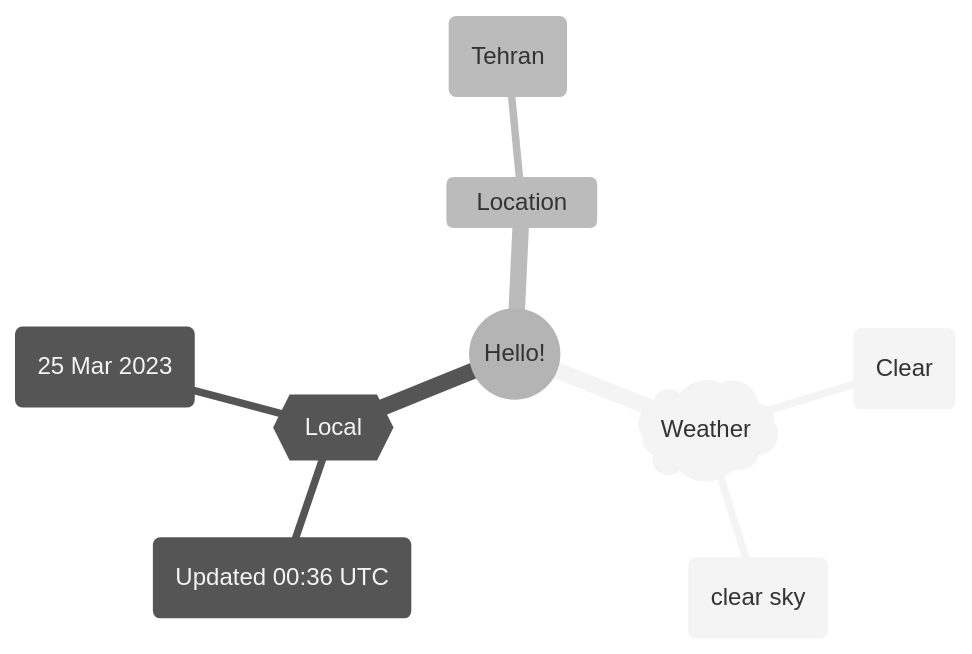
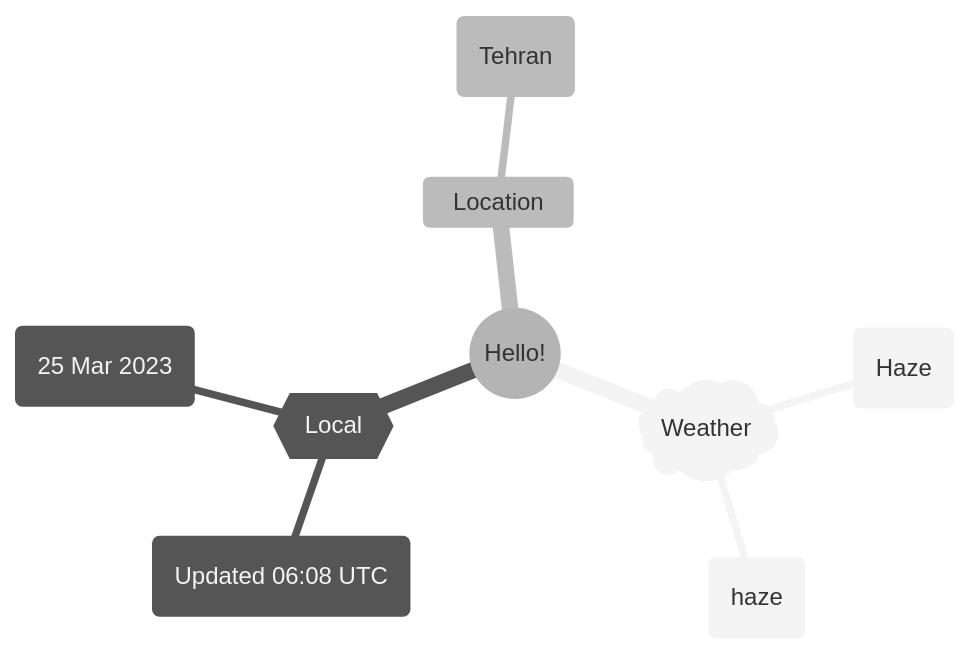
The first of 2 diagrams in README.md (Xosrov/Xosrov), drawn with Mermaid (neutral theme) before and after one commit.

Commit message:
[bot] updated images

````diff
--- a/README.md
+++ b/README.md
@@ -3,12 +3,12 @@
 ```mermaid
 mindmap
   root((Hello!))
     )Weather(
-        (Clear)
-        (clear sky)
+        (Haze)
+        (haze)
     {{Local}}
-        (Updated 00:36 UTC)
+        (Updated 06:08 UTC)
         (25 Mar 2023)
     Location
         (Tehran)
 ```
````
